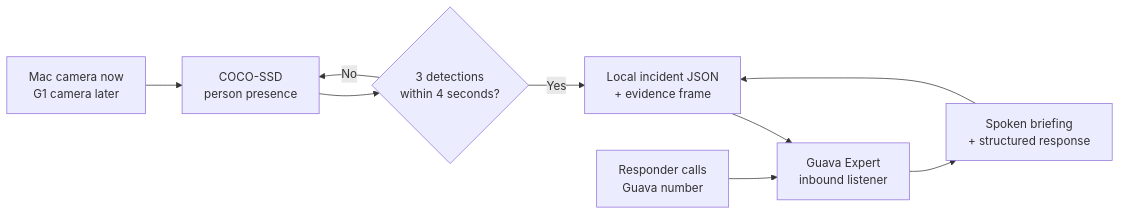
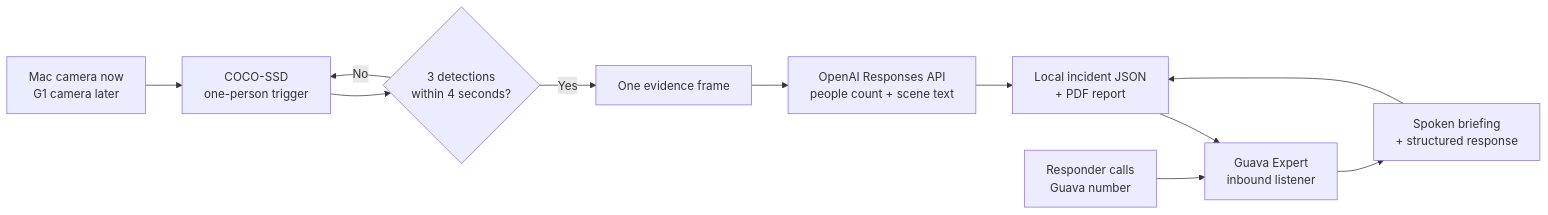
One commit to KaushikSiva/beacon-call changed the diagram in README.md. Above: the diagram before and after it, drawn with Mermaid. The commit also changed other lines of this file and 18 other files, not shown here.

Commit message:
feat: add OpenAI scene reports to BeaconCall

````diff
--- a/README.md
+++ b/README.md
@@ -77,11 +77,13 @@
 ```mermaid
 flowchart LR
-    A[Mac camera now<br/>G1 camera later] --> B[COCO-SSD<br/>person presence]
+    A[Mac camera now<br/>G1 camera later] --> B[COCO-SSD<br/>one-person trigger]
     B --> C{3 detections<br/>within 4 seconds?}
     C -- No --> B
-    C -- Yes --> D[Local incident JSON<br/>+ evidence frame]
-    D --> E[Guava Expert<br/>inbound listener]
+    C -- Yes --> D[One evidence frame]
+    D --> O[OpenAI Responses API<br/>people count + scene text]
+    O --> I[Local incident JSON<br/>+ PDF report]
+    I --> E[Guava Expert<br/>inbound listener]
     F[Responder calls<br/>Guava number] --> E
     E --> G[Spoken briefing<br/>+ structured response]
-    G --> D
+    G --> I
 ```
````
